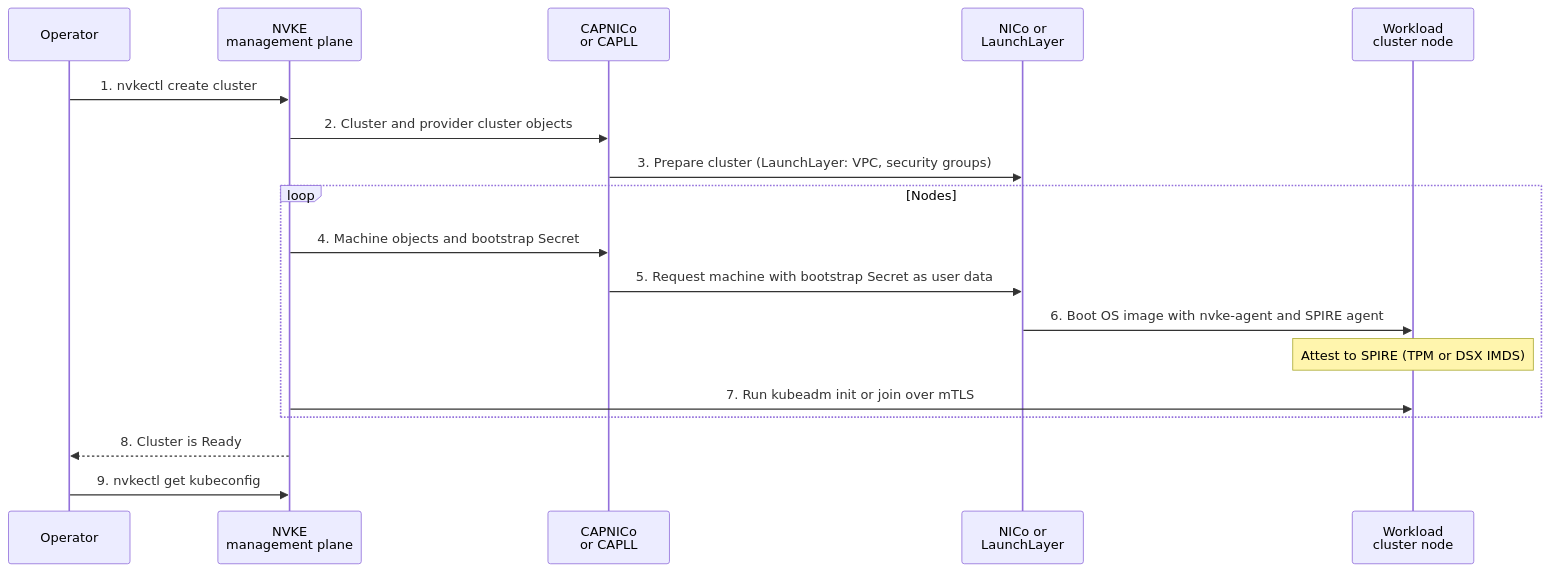
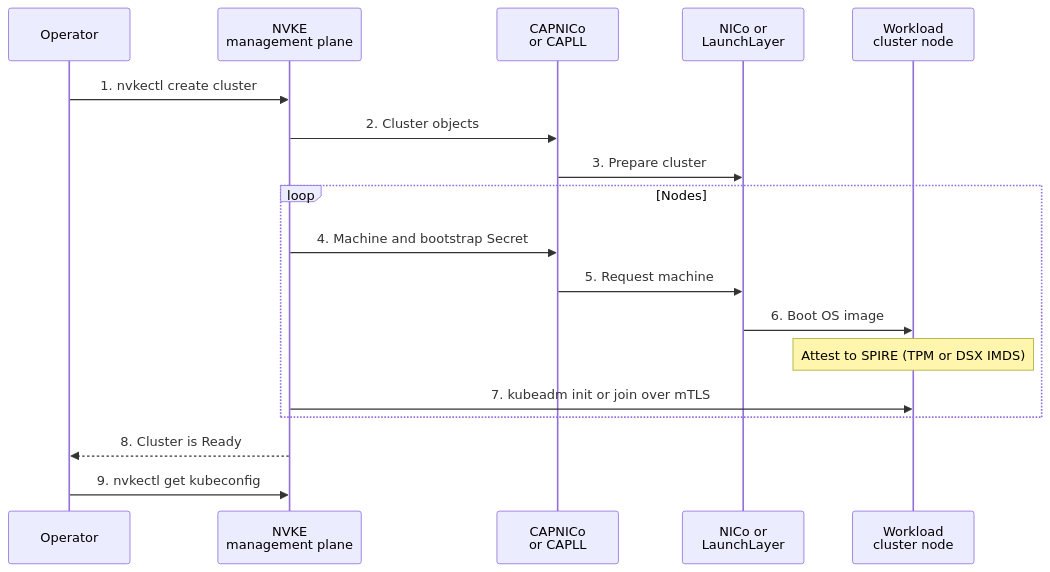
One commit to dsx-ai-factory/nvke changed the diagram in docs/operate/infrastructure-providers.md. Above: the diagram before and after it, drawn with Mermaid.

Commit message:
docs: shorten provider diagram labels so they clear the lifelines

````diff
--- a/docs/operate/infrastructure-providers.md
+++ b/docs/operate/infrastructure-providers.md
@@ -9,21 +9,21 @@
 ```mermaid
 sequenceDiagram
     participant Op as Operator
     participant MP as NVKE<br/>management plane
     participant Prov as CAPNICo<br/>or CAPLL
     participant API as NICo or<br/>LaunchLayer
     participant Node as Workload<br/>cluster node
 
     Op->>MP: 1. nvkectl create cluster
-    MP->>Prov: 2. Cluster and provider cluster objects
-    Prov->>API: 3. Prepare cluster (LaunchLayer: VPC, security groups)
+    MP->>Prov: 2. Cluster objects
+    Prov->>API: 3. Prepare cluster
     loop Nodes
-        MP->>Prov: 4. Machine objects and bootstrap Secret
-        Prov->>API: 5. Request machine with bootstrap Secret as user data
-        API->>Node: 6. Boot OS image with nvke-agent and SPIRE agent
+        MP->>Prov: 4. Machine and bootstrap Secret
+        Prov->>API: 5. Request machine
+        API->>Node: 6. Boot OS image
         Note over Node: Attest to SPIRE (TPM or DSX IMDS)
-        MP->>Node: 7. Run kubeadm init or join over mTLS
+        MP->>Node: 7. kubeadm init or join over mTLS
     end
     MP-->>Op: 8. Cluster is Ready
     Op->>MP: 9. nvkectl get kubeconfig
 ```
````
